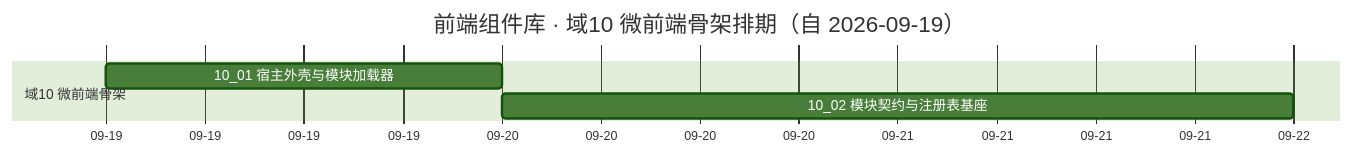
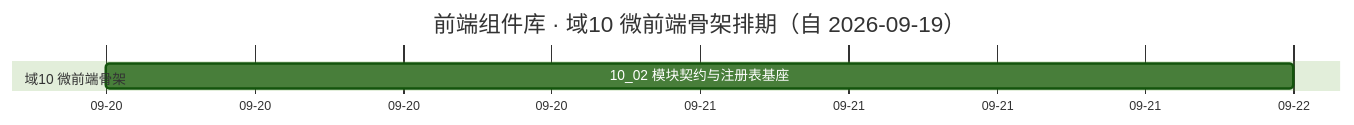
The diagram in bms文档/项目/04_前端组件库/计划/01_计划_前端组件库.md (minjian123/basic-management-system), drawn with Mermaid (forest theme) before and after one commit. The commit also changed other lines of this file and 5 other files, not shown here.

````diff
--- a/bms文档/项目/04_前端组件库/计划/01_计划_前端组件库.md
+++ b/bms文档/项目/04_前端组件库/计划/01_计划_前端组件库.md
@@ -47,9 +46,8 @@
 ```mermaid
 gantt
     title 前端组件库 · 域10 微前端骨架排期（自 2026-09-19）
     dateFormat  YYYY-MM-DD
     axisFormat %m-%d
     section 域10 微前端骨架
-    10_01 宿主外壳与模块加载器        :d01, 2026-09-19, 1d
     10_02 模块契约与注册表基座        :d02, 2026-09-20, 2d
 ```
````
